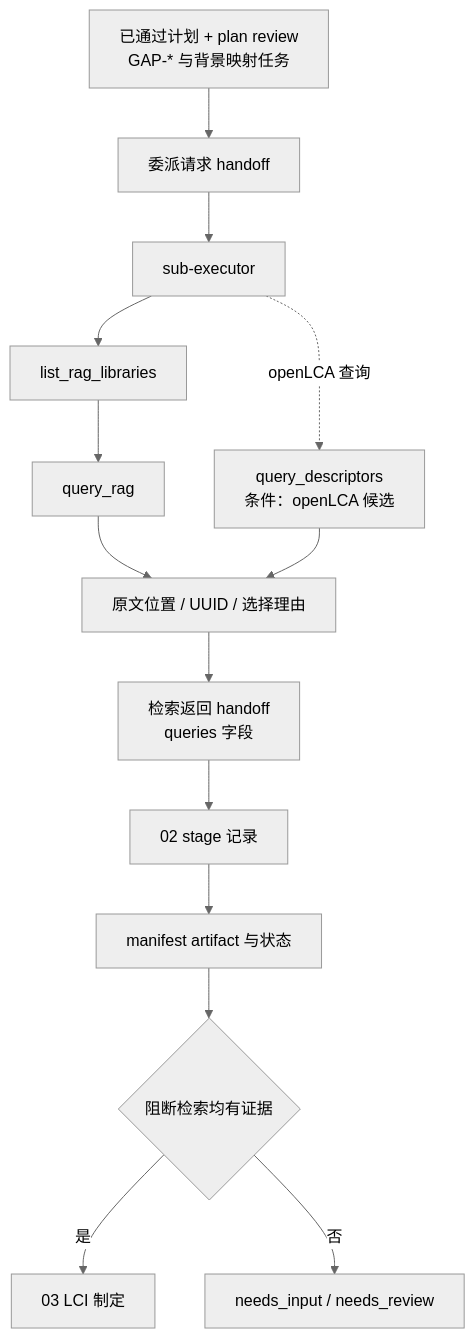
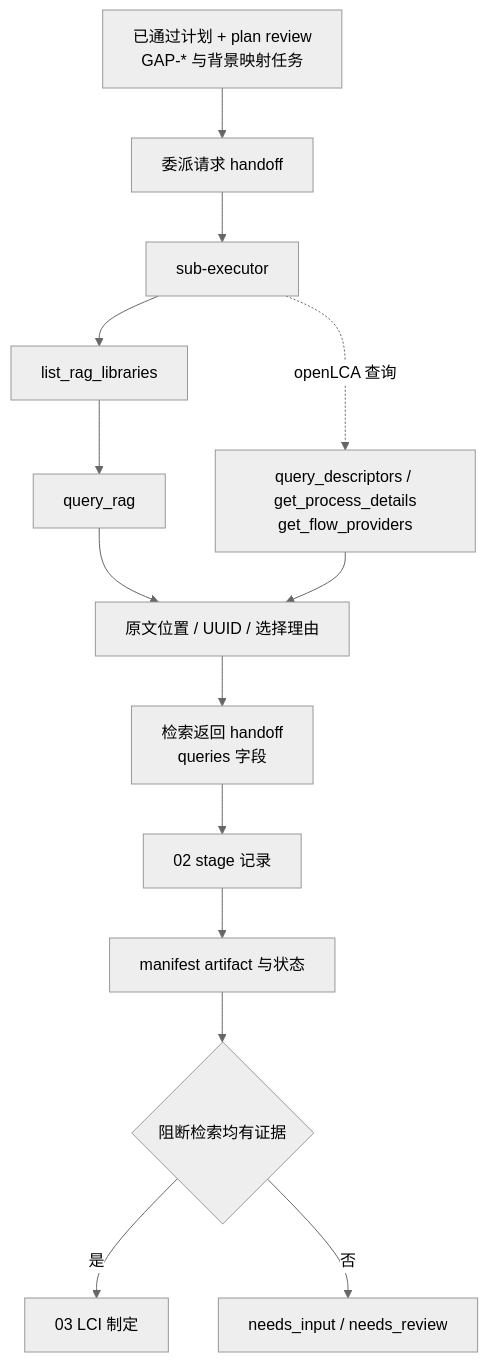
The diagram in harness/specs/02-evidence-retrieval/schema_mapping.md (mrzed891194322/Harness-driven-LCA-dev-agents), drawn with Mermaid (neutral theme) before and after one commit. The commit also changed other lines of this file and 21 other files, not shown here.

````diff
--- a/harness/specs/02-evidence-retrieval/schema_mapping.md
+++ b/harness/specs/02-evidence-retrieval/schema_mapping.md
@@ -7,23 +7,23 @@
 ```mermaid
 flowchart TD
     input["已通过计划 + plan review<br/>GAP-* 与背景映射任务"]
     request["委派请求 handoff"]
     executor["sub-executor"]
     libs["list_rag_libraries"]
     rag["query_rag"]
-    descriptor["query_descriptors<br/>条件：openLCA 候选"]
+    descriptor["query_descriptors / get_process_details<br/>get_flow_providers"]
     evidence["原文位置 / UUID / 选择理由"]
     returned["检索返回 handoff<br/>queries 字段"]
     stage["02 stage 记录"]
     manifest["manifest artifact 与状态"]
     gate{"阻断检索均有证据"}
     next["03 LCI 制定"]
     stop["needs_input / needs_review"]
 
     input --> request --> executor
     executor --> libs --> rag --> evidence
     executor -. openLCA 查询 .-> descriptor --> evidence
     evidence --> returned --> stage --> manifest --> gate
     gate -->|是| next
     gate -->|否| stop
 ```
````
